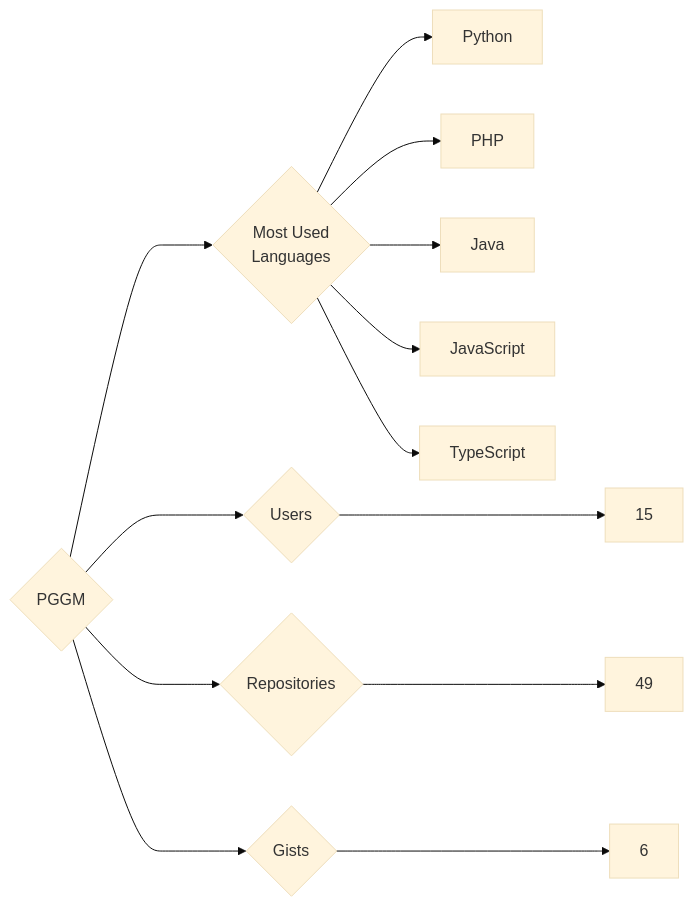
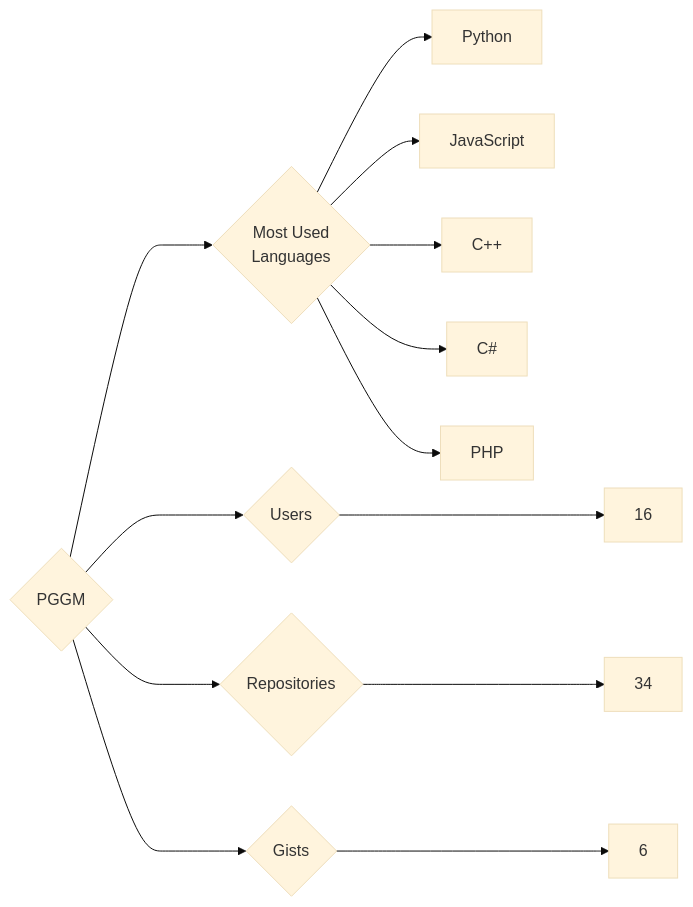
Before and after one commit to trickest/insiders: the diagram in targets/PGGM/README.md, drawn with Mermaid (base theme). The commit also changed 835 other files, not shown here.

````diff
--- a/targets/PGGM/README.md
+++ b/targets/PGGM/README.md
@@ -3,13 +3,13 @@
 ```mermaid
 graph LR
 COMPANY_NAME{PGGM}
-COMPANY_NAME ---> U{Users} ---> UN[15]
-COMPANY_NAME ---> R{Repositories} ---> RN[49]
+COMPANY_NAME ---> U{Users} ---> UN[16]
+COMPANY_NAME ---> R{Repositories} ---> RN[34]
 COMPANY_NAME ---> G{Gists} ---> GN[6]
 COMPANY_NAME ---> ML{Most Used<br>Languages}
 ML --> Python[Python]
+ML --> JavaScript[JavaScript]
+ML --> C++[C++]
+ML --> C#[C#]
 ML --> PHP[PHP]
-ML --> Java[Java]
-ML --> JavaScript[JavaScript]
-ML --> TypeScript[TypeScript]
 ```
````
